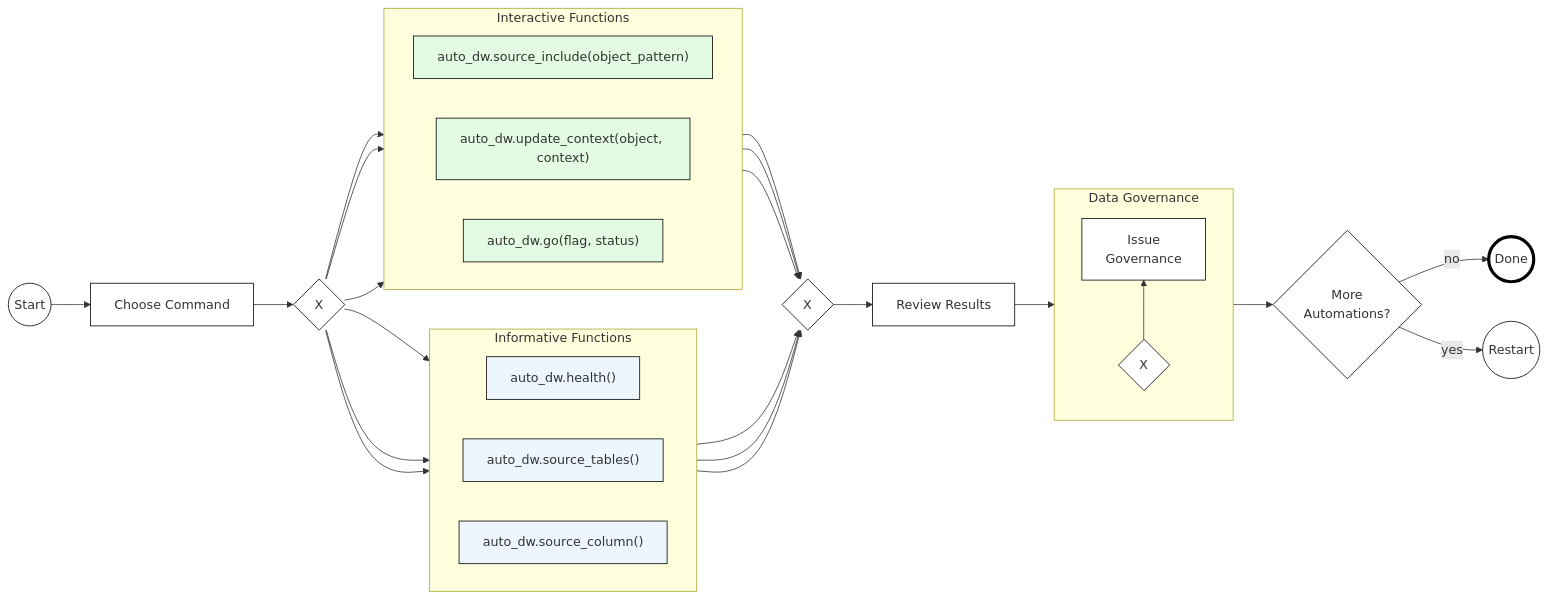
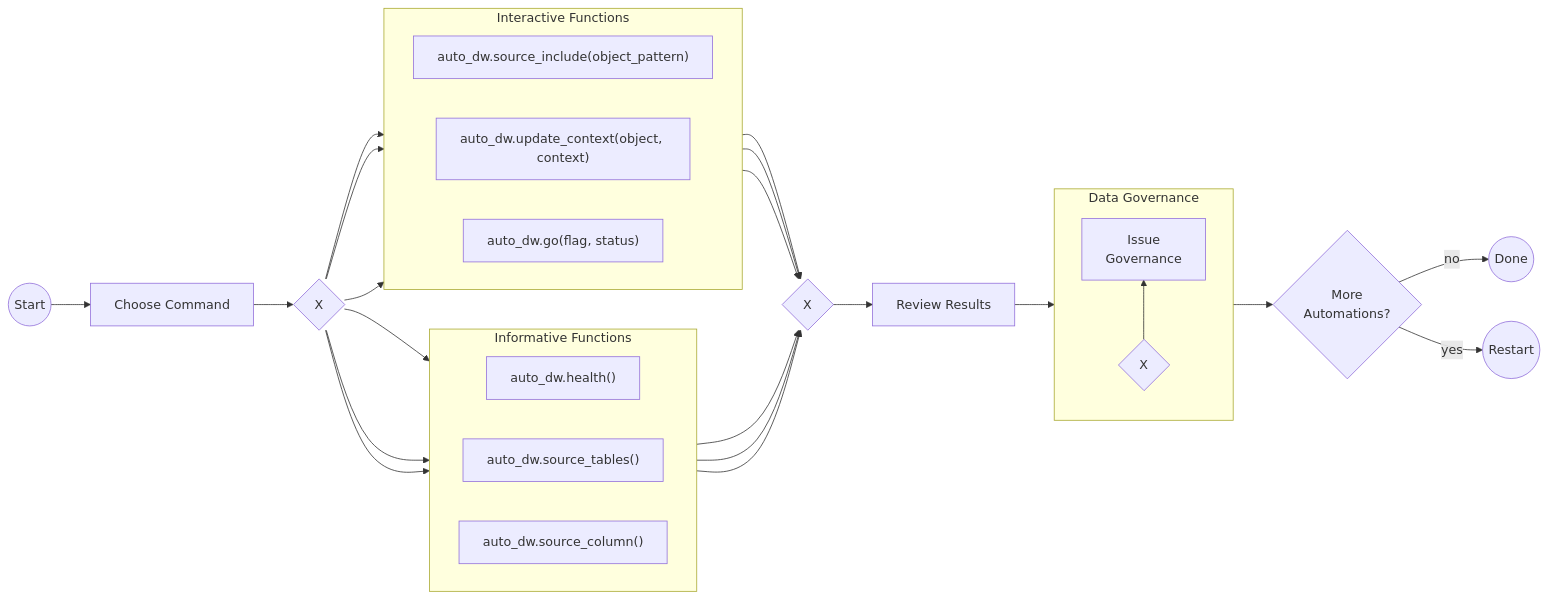
The third of 3 diagrams in README.md (tembo-io/pg_auto_dw), drawn with Mermaid before and after one commit. The commit also changed other lines of this file, not shown here.

````diff
--- a/README.md
+++ b/README.md
@@ -128,35 +145,26 @@
 ```mermaid
 flowchart LR
  subgraph functions_informative["Informative Functions"]
     direction LR
         health["auto_dw.health()"]
         source_tables["auto_dw.source_tables()"]
         source_column["auto_dw.source_column()"]
   end
  subgraph functions_interactive["Interactive Functions"]
     direction LR
         source_clude["auto_dw.source_include(object_pattern)"]
         update_context["auto_dw.update_context(object, context)"]
         go["auto_dw.go(flag, status)"]
   end
  subgraph data_gov["Data Governance"]
     direction BT
         to_gov{"X"} --> gov["Issue\nGovernance"]
   end
     start(("Start")) --> command["Choose Command"]
     command --> split{"X"}
     split --> health & source_tables & source_column & source_clude & update_context & go --> join{"X"}
     join --> review["Review Results"]
     review --> data_gov --> more_auto{"More\nAutomations?"} 
     more_auto --> |no| done(("Done"))
     more_auto --> |yes| start_again(("Restart"))
-
-    classDef standard fill:#FFFFFF,stroke:#000000
-    classDef informative fill:#edf5ff,stroke:#000000
-    classDef interactive fill:#e3fae3,stroke:#000000
-    class start,command,split,join,review standard
-    class to_gov,gov,more_auto,start_again standard
-    class health,source_tables,source_column informative
-    class source_clude,update_context,go interactive
-    style done stroke-width:4px,fill:#FFFFFF,stroke:#000000
 ```
````
